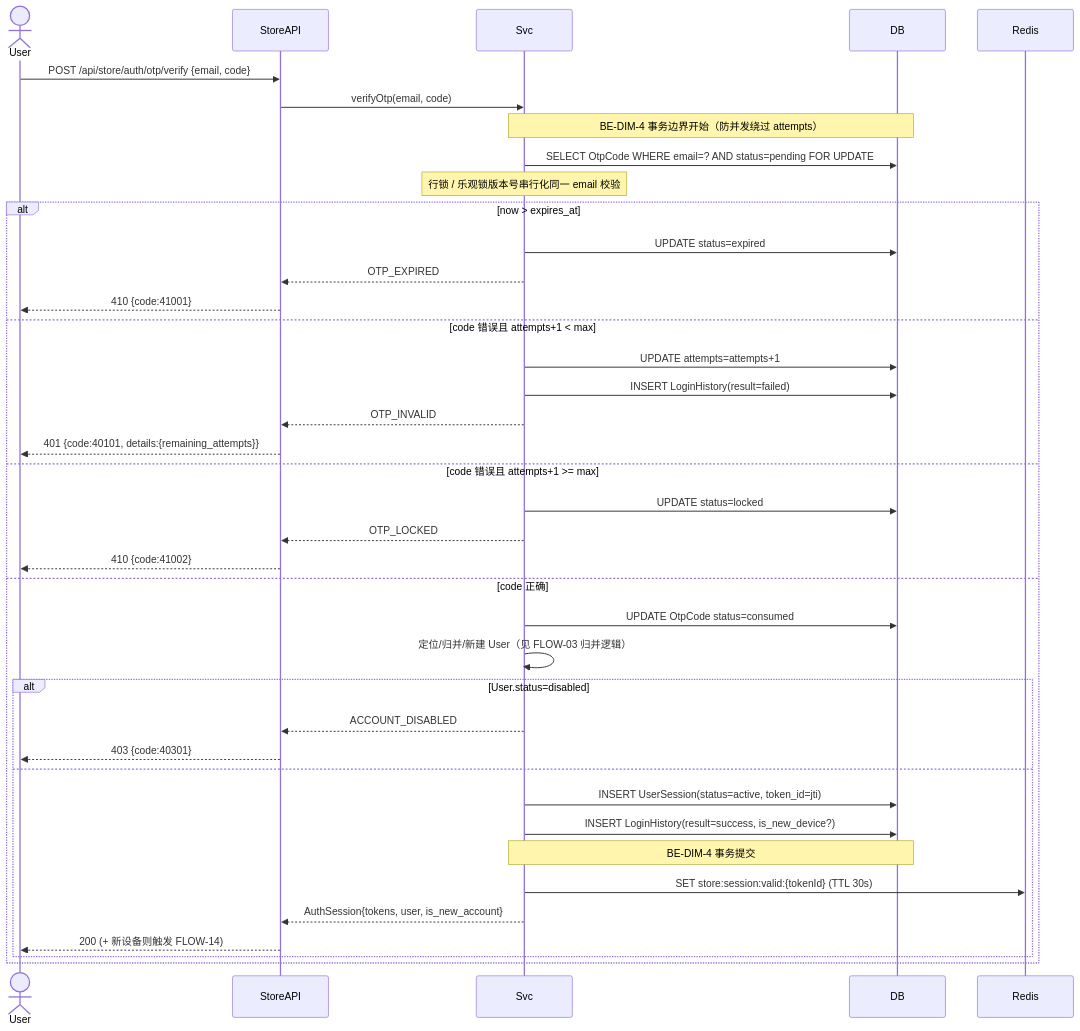
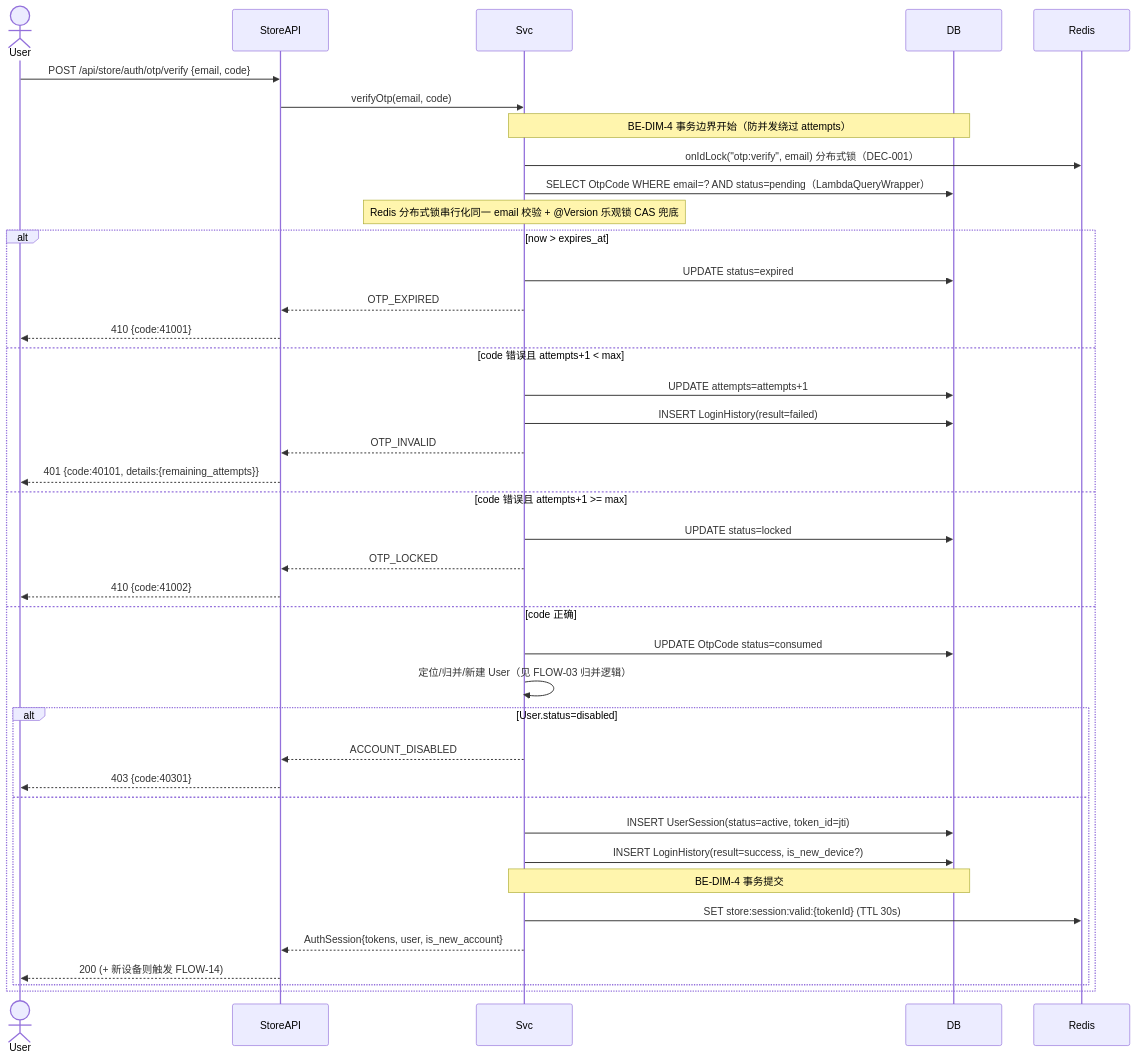
Before and after one commit to hptec/dreamy: the second of 17 diagrams in hhspec/specs/architecture/data-flow.md, drawn with Mermaid. The commit also changed 2 other files, not shown here.

Commit message:
📝 docs(specs): 同步 ORM 重构后的架构文档与编码范式
随 backend ORM 合规重构（commit 8225651）更新 specs 基线，保持文档与代码一致：

- data-flow.md FLOW-02：OTP 校验由 SELECT...FOR UPDATE 行锁改为 Redis 分布式锁（DEC-001）
- error-strategy.md：OTP_LOCKED 频控机制描述同步为 Redis 锁 + REQUIRES_NEW 独立提交
- code-patterns.md：
  - 修订 CP-012（FOR UPDATE → Redis onIdLock）
  - 新增 CP-015 实体列名常量接口范式（{Entity}DBConst extends CommonDBConst）
  - 新增 CP-016 锁内独立事务写入范式（REQUIRES_NEW + 跨bean代理 + 真CAS）
  - 新增 CP-017 keyset 游标递减分页轮询导出范式

来源：L3 跨模块复用审查沉淀的 3 条 B 类范式

````diff
--- a/hhspec/specs/architecture/data-flow.md
+++ b/hhspec/specs/architecture/data-flow.md
@@ -92,42 +92,43 @@
 ```mermaid
 sequenceDiagram
     actor User
     participant StoreAPI
     participant Svc
     participant DB
     participant Redis
 
     User->>StoreAPI: POST /api/store/auth/otp/verify {email, code}
     StoreAPI->>Svc: verifyOtp(email, code)
     Note over Svc,DB: BE-DIM-4 事务边界开始（防并发绕过 attempts）
-    Svc->>DB: SELECT OtpCode WHERE email=? AND status=pending FOR UPDATE
-    Note over Svc: 行锁 / 乐观锁版本号串行化同一 email 校验
+    Svc->>Redis: onIdLock("otp:verify", email) 分布式锁（DEC-001）
+    Svc->>DB: SELECT OtpCode WHERE email=? AND status=pending（LambdaQueryWrapper）
+    Note over Svc: Redis 分布式锁串行化同一 email 校验 + @Version 乐观锁 CAS 兜底
     alt now > expires_at
         Svc->>DB: UPDATE status=expired
         Svc-->>StoreAPI: OTP_EXPIRED
         StoreAPI-->>User: 410 {code:41001}
     else code 错误且 attempts+1 < max
         Svc->>DB: UPDATE attempts=attempts+1
         Svc->>DB: INSERT LoginHistory(result=failed)
         Svc-->>StoreAPI: OTP_INVALID
         StoreAPI-->>User: 401 {code:40101, details:{remaining_attempts}}
     else code 错误且 attempts+1 >= max
         Svc->>DB: UPDATE status=locked
         Svc-->>StoreAPI: OTP_LOCKED
         StoreAPI-->>User: 410 {code:41002}
     else code 正确
         Svc->>DB: UPDATE OtpCode status=consumed
         Svc->>Svc: 定位/归并/新建 User（见 FLOW-03 归并逻辑）
         alt User.status=disabled
             Svc-->>StoreAPI: ACCOUNT_DISABLED
             StoreAPI-->>User: 403 {code:40301}
         else
             Svc->>DB: INSERT UserSession(status=active, token_id=jti)
             Svc->>DB: INSERT LoginHistory(result=success, is_new_device?)
             Note over Svc,DB: BE-DIM-4 事务提交
             Svc->>Redis: SET store:session:valid:{tokenId} (TTL 30s)
             Svc-->>StoreAPI: AuthSession{tokens, user, is_new_account}
             StoreAPI-->>User: 200 (+ 新设备则触发 FLOW-14)
         end
     end
 ```
````
